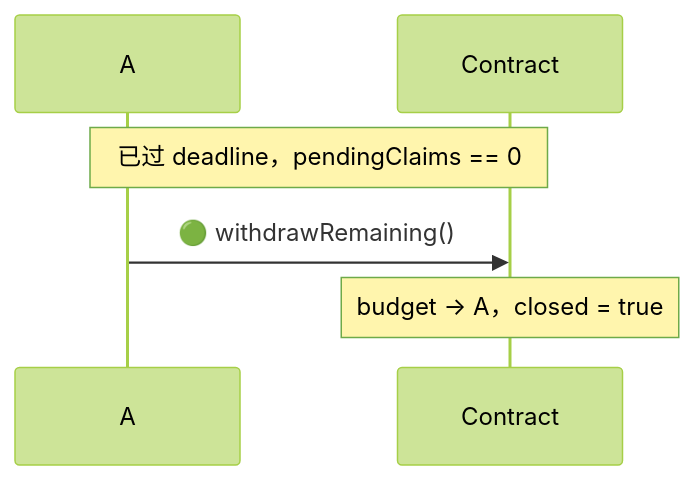
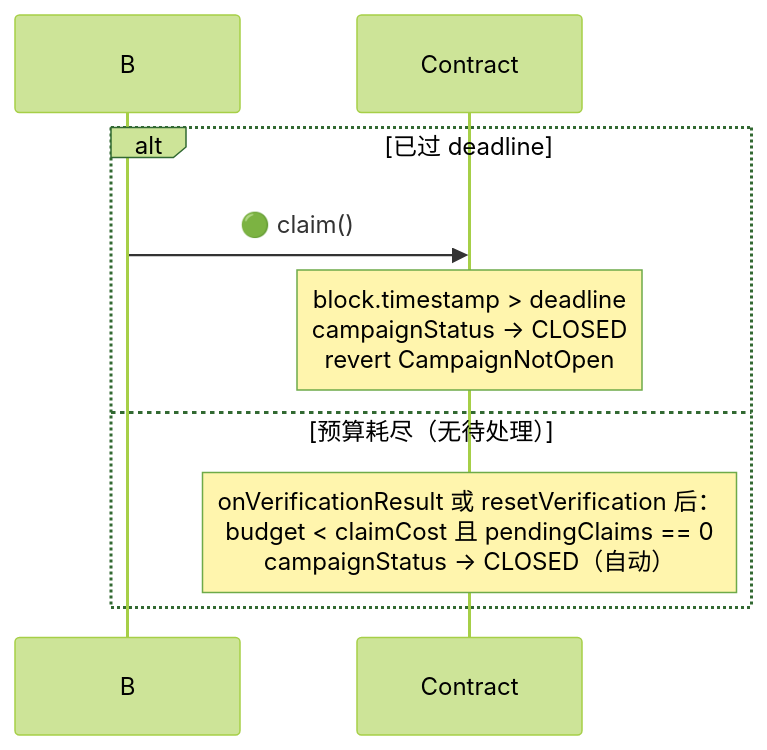
Before and after one commit to synctxai/synctx: the fourth of 5 diagrams in examples/x-follow/x-follow-design-zh.md, drawn with Mermaid (forest theme). The commit also changed other lines of this file and 1 other file, not shown here.

````diff
--- a/examples/x-follow/x-follow-design-zh.md
+++ b/examples/x-follow/x-follow-design-zh.md
@@ -372,9 +395,12 @@
 ```mermaid
 sequenceDiagram
-    participant A as A
+    participant B as B
     participant C as Contract
 
-    Note over A,C: 已过 deadline，pendingClaims == 0
-    A->>C: 🟢 withdrawRemaining()
-    Note over C: budget → A，closed = true
+    alt 已过 deadline
+        B->>C: 🟢 claim()
+        Note over C: block.timestamp > deadline<br/>campaignStatus → CLOSED<br/>revert CampaignNotOpen
+    else 预算耗尽（无待处理）
+        Note over C: onVerificationResult 或 resetVerification 后：<br/>budget < claimCost 且 pendingClaims == 0<br/>campaignStatus → CLOSED（自动）
+    end
 ```
````
